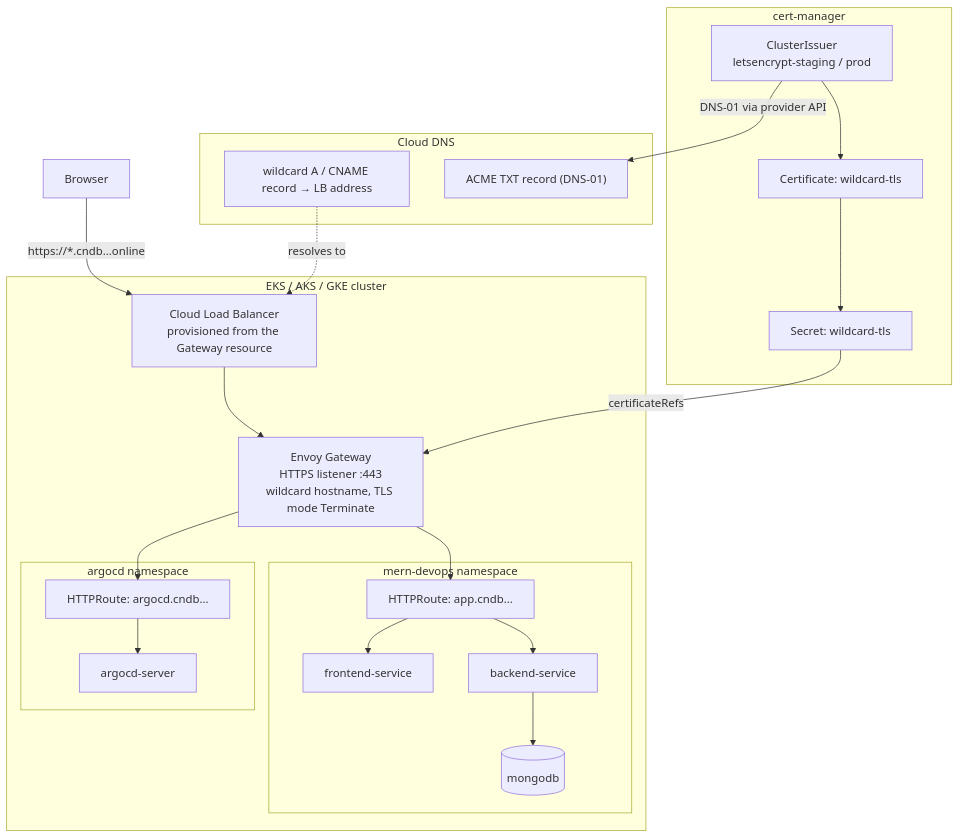
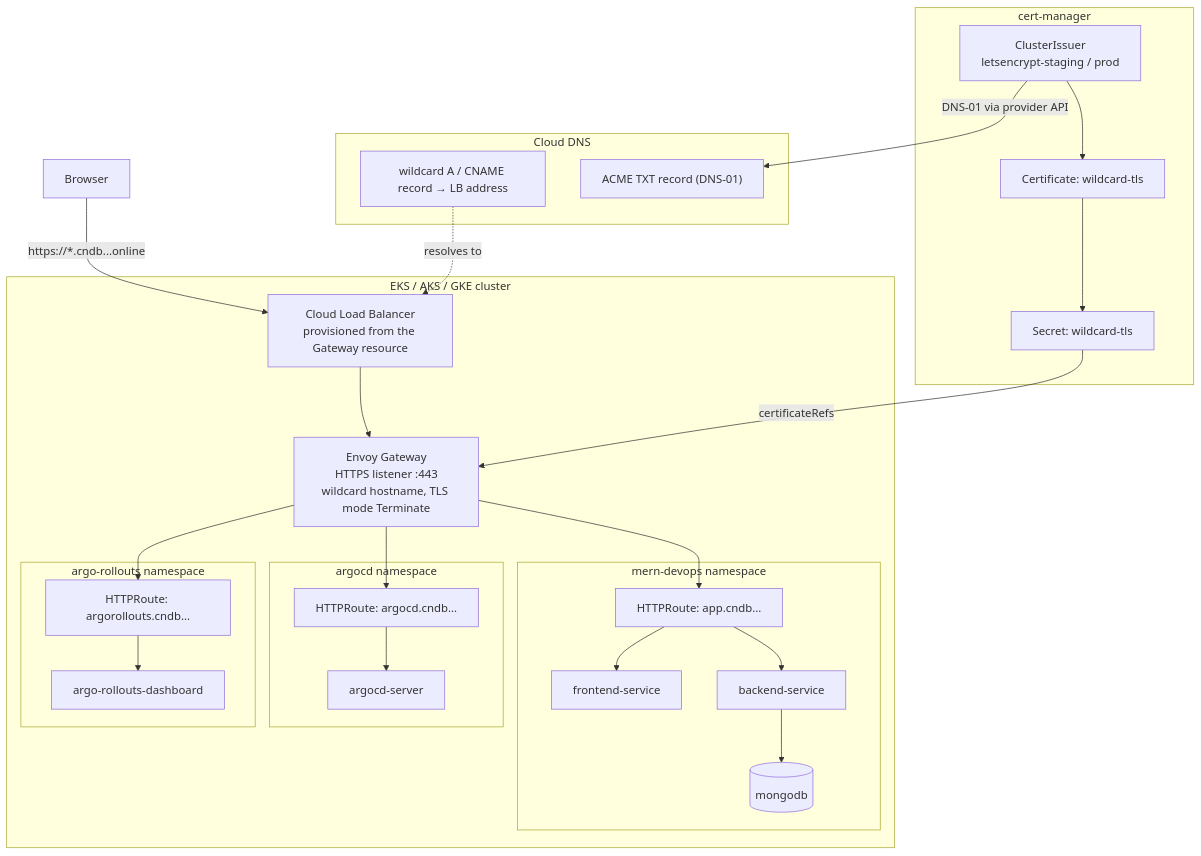
The first of 2 diagrams in README.md (atkaridarshan04/cloudnative-devops-blueprint), drawn with Mermaid before and after one commit. The commit also changed other lines of this file and 10 other files, not shown here.

Commit message:
add argo rollouts canary deployments with Gateway API traffic shifting

````diff
--- a/README.md
+++ b/README.md
@@ -51,41 +53,47 @@
 ```mermaid
 flowchart TD
     Browser[Browser] -->|"https://*.cndb...online"| LB
 
     subgraph "Cloud DNS"
         DNSRec["wildcard A / CNAME record → LB address"]
         TXT["ACME TXT record (DNS-01)"]
     end
 
     subgraph "EKS / AKS / GKE cluster"
         LB[Cloud Load Balancer<br/>provisioned from the Gateway resource]
         GW[Envoy Gateway<br/>HTTPS listener :443<br/>wildcard hostname, TLS mode Terminate]
 
         subgraph "mern-devops namespace"
             AppRoute[HTTPRoute: app.cndb...]
             FE[frontend-service]
             BE[backend-service]
             DB[(mongodb)]
         end
 
         subgraph "argocd namespace"
             ArgoRoute[HTTPRoute: argocd.cndb...]
             ArgoSvc[argocd-server]
         end
+
+        subgraph "argo-rollouts namespace"
+            RolloutsRoute[HTTPRoute: argorollouts.cndb...]
+            RolloutsSvc[argo-rollouts-dashboard]
+        end
     end
 
     subgraph "cert-manager"
         CI[ClusterIssuer<br/>letsencrypt-staging / prod]
         Cert[Certificate: wildcard-tls]
         Secret[Secret: wildcard-tls]
     end
 
     LB --> GW
     GW --> AppRoute --> FE
     AppRoute --> BE --> DB
     GW --> ArgoRoute --> ArgoSvc
+    GW --> RolloutsRoute --> RolloutsSvc
 
     DNSRec -.->|resolves to| LB
     CI -->|DNS-01 via provider API| TXT
     CI --> Cert --> Secret -->|certificateRefs| GW
 ```
````
